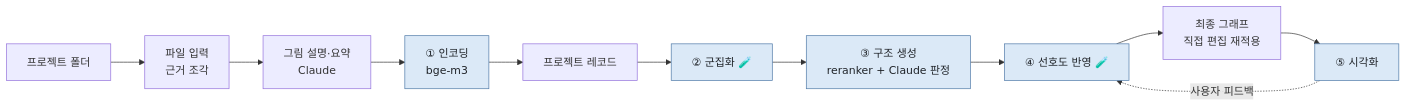
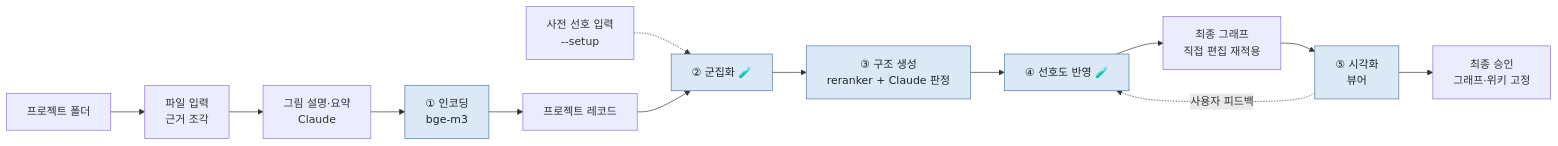
The diagram in README.md (mumbumble/AI618_ProjectWiki), drawn with Mermaid before and after one commit. The commit also changed other lines of this file and 3 other files, not shown here.

````diff
--- a/README.md
+++ b/README.md
@@ -14,10 +14,12 @@
 ```mermaid
 flowchart LR
+  S[사전 선호 입력<br/>--setup] -.-> M2
   A[프로젝트 폴더] --> I[파일 입력<br/>근거 조각] --> R1[그림 설명·요약<br/>Claude]
   R1 --> M1[① 인코딩<br/>bge-m3] --> R2[프로젝트 레코드]
   R2 --> M2[② 군집화 🧪] --> M3[③ 구조 생성<br/>reranker + Claude 판정]
-  M3 --> M4[④ 선호도 반영 🧪] --> F[최종 그래프<br/>직접 편집 재적용] --> M5[⑤ 시각화]
+  M3 --> M4[④ 선호도 반영 🧪] --> F[최종 그래프<br/>직접 편집 재적용] --> M5[⑤ 시각화<br/>뷰어]
   M5 -. 사용자 피드백 .-> M4
+  M5 --> W[최종 승인<br/>그래프·위키 고정]
   classDef model fill:#dbe9f7,stroke:#4e79a7,color:#1f2328
   class M1,M2,M3,M4,M5 model
 ```
````
